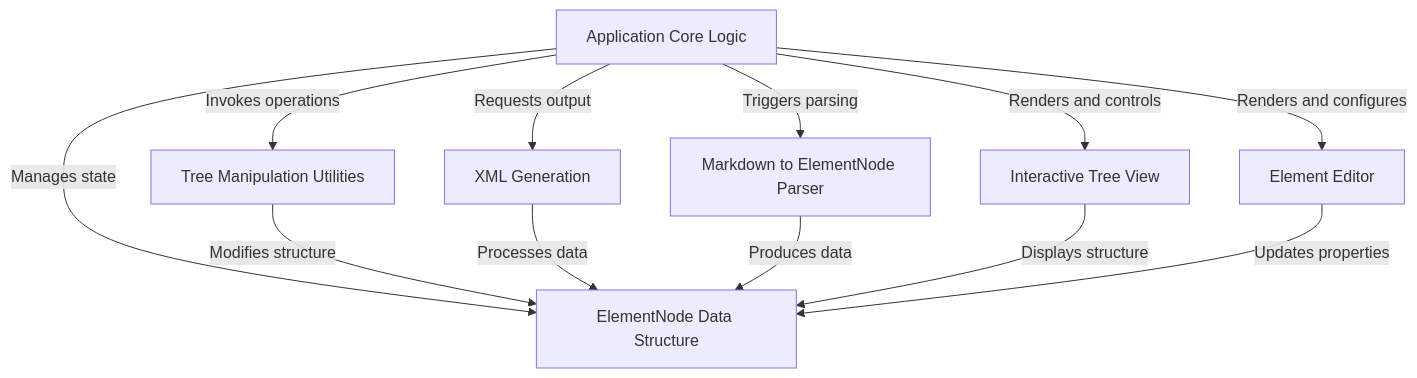
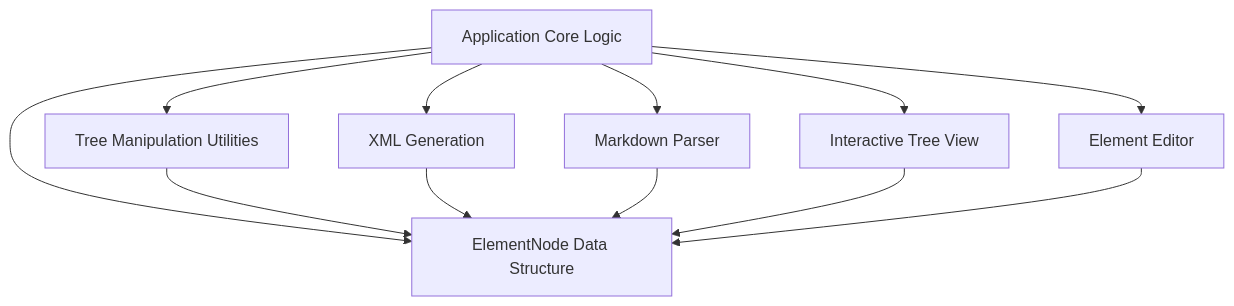
The diagram in README.md (OhMySimo/XMLPromptBuilder), drawn with Mermaid before and after one commit. The commit also changed other lines of this file, not shown here.

````diff
--- a/README.md
+++ b/README.md
@@ -8,28 +19,22 @@
 ```mermaid
 flowchart TD
-    A0["ElementNode Data Structure
-"]
-    A1["Application Core Logic
-"]
-    A2["Tree Manipulation Utilities
-"]
-    A3["XML Generation
-"]
-    A4["Markdown to ElementNode Parser
-"]
-    A5["Interactive Tree View
-"]
-    A6["Element Editor
-"]
-    A1 -- "Manages state" --> A0
-    A1 -- "Invokes operations" --> A2
-    A1 -- "Requests output" --> A3
-    A1 -- "Triggers parsing" --> A4
-    A1 -- "Renders and controls" --> A5
-    A1 -- "Renders and configures" --> A6
-    A2 -- "Modifies structure" --> A0
-    A3 -- "Processes data" --> A0
-    A4 -- "Produces data" --> A0
-    A5 -- "Displays structure" --> A0
-    A6 -- "Updates properties" --> A0
+    A0[ElementNode Data Structure]
+    A1[Application Core Logic]
+    A2[Tree Manipulation Utilities]
+    A3[XML Generation]
+    A4[Markdown Parser]
+    A5[Interactive Tree View]
+    A6[Element Editor]
+    
+    A1 --> A0
+    A1 --> A2
+    A1 --> A3
+    A1 --> A4
+    A1 --> A5
+    A1 --> A6
+    A2 --> A0
+    A3 --> A0
+    A4 --> A0
+    A5 --> A0
+    A6 --> A0
 ```
````
